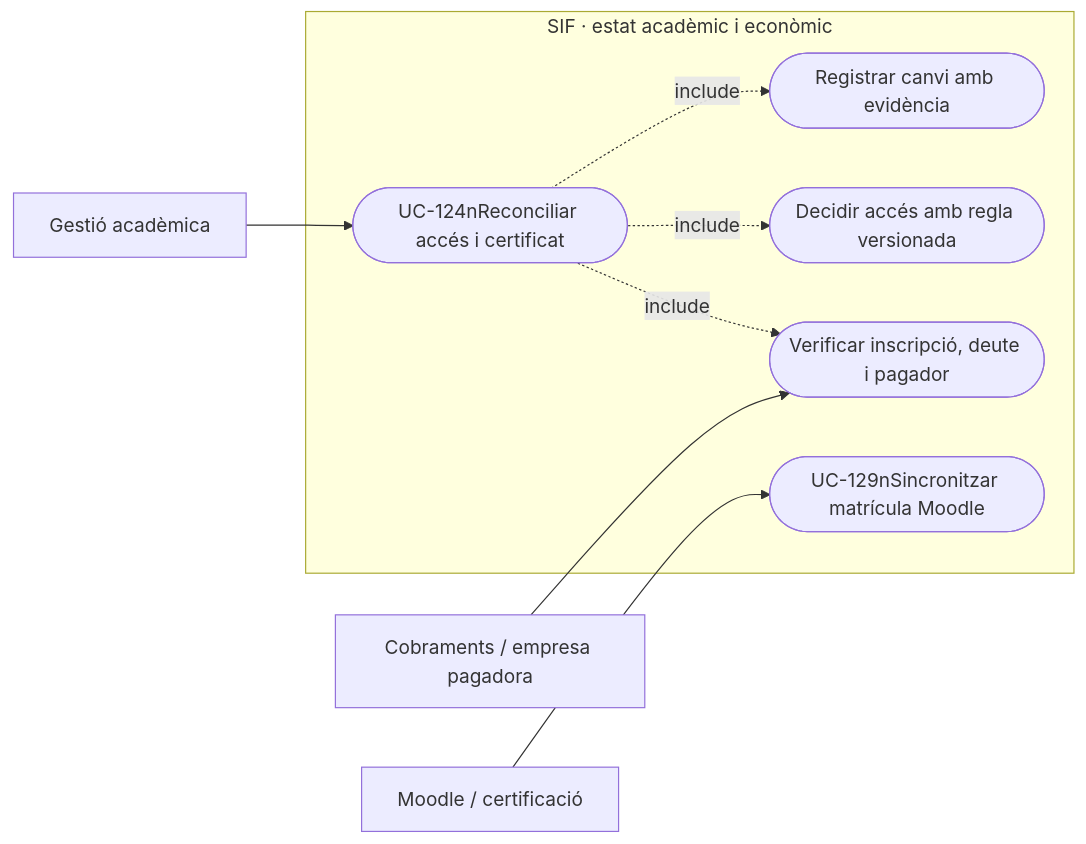
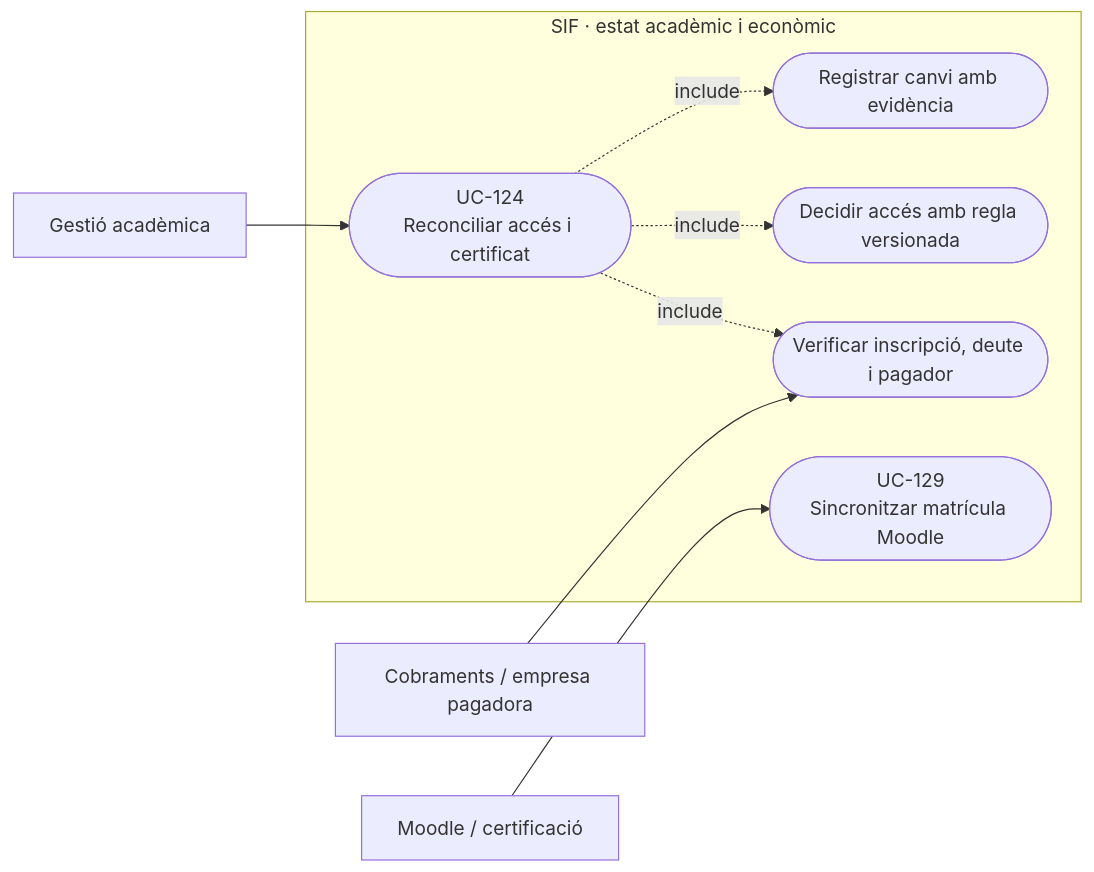
One commit to orgmeriemprismacat-del/verifactu changed the second of 4 diagrams in documentacio/07-uml-integrat/uc-124-reconciliar-acces-certificat-baixa-deute.md. Above: the diagram before and after it, drawn with Mermaid.

Commit message:
docs(uml): corregir salts Mermaid UC-124

````diff
--- a/documentacio/07-uml-integrat/uc-124-reconciliar-acces-certificat-baixa-deute.md
+++ b/documentacio/07-uml-integrat/uc-124-reconciliar-acces-certificat-baixa-deute.md
@@ -81,19 +81,19 @@
 ```mermaid
 flowchart LR
   a_0["Gestió acadèmica"]
   a_1["Cobraments / empresa pagadora"]
   a_2["Moodle / certificació"]
   subgraph SIF_BOUNDARY["SIF · estat acadèmic i econòmic"]
-    u_0(["UC-124nReconciliar accés i certificat"])
+    u_0(["UC-124<br/>Reconciliar accés i certificat"])
     u_1(["Verificar inscripció, deute i pagador"])
     u_2(["Decidir accés amb regla versionada"])
-    u_3(["UC-129nSincronitzar matrícula Moodle"])
+    u_3(["UC-129<br/>Sincronitzar matrícula Moodle"])
     u_4(["Registrar canvi amb evidència"])
   end
   a_0 --> u_0
   a_1 --> u_1
   a_2 --> u_3
   u_0 -.->|include| u_1
   u_0 -.->|include| u_2
   u_0 -.->|include| u_4
 ```
````
